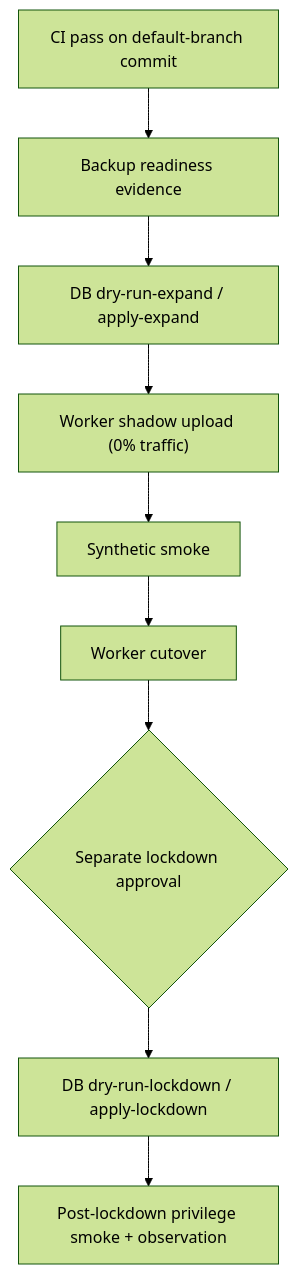
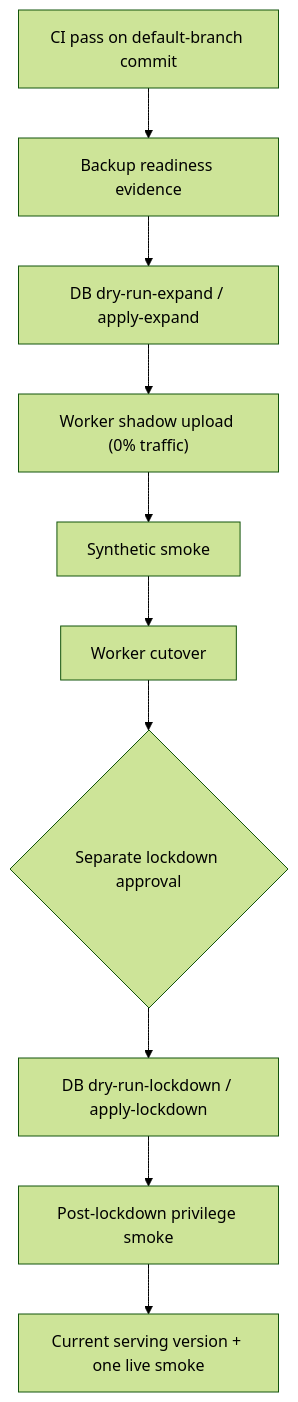
Before and after one commit to jeonsavvy/V-MATE: the diagram in docs/operations.md, drawn with Mermaid (forest theme). The commit also changed other lines of this file and 3 other files, not shown here.

````diff
--- a/docs/operations.md
+++ b/docs/operations.md
@@ -116,11 +117,12 @@
 ```mermaid
 flowchart TD
   CI["CI pass on default-branch commit"] --> B["Backup readiness evidence"]
   B --> E["DB dry-run-expand / apply-expand"]
   E --> S["Worker shadow upload (0% traffic)"]
   S --> T["Synthetic smoke"]
   T --> C["Worker cutover"]
   C --> L{"Separate lockdown approval"}
   L --> D["DB dry-run-lockdown / apply-lockdown"]
-  D --> P["Post-lockdown privilege smoke + observation"]
+  D --> P["Post-lockdown privilege smoke"]
+  P --> V["Current serving version + one live smoke"]
 ```
````
